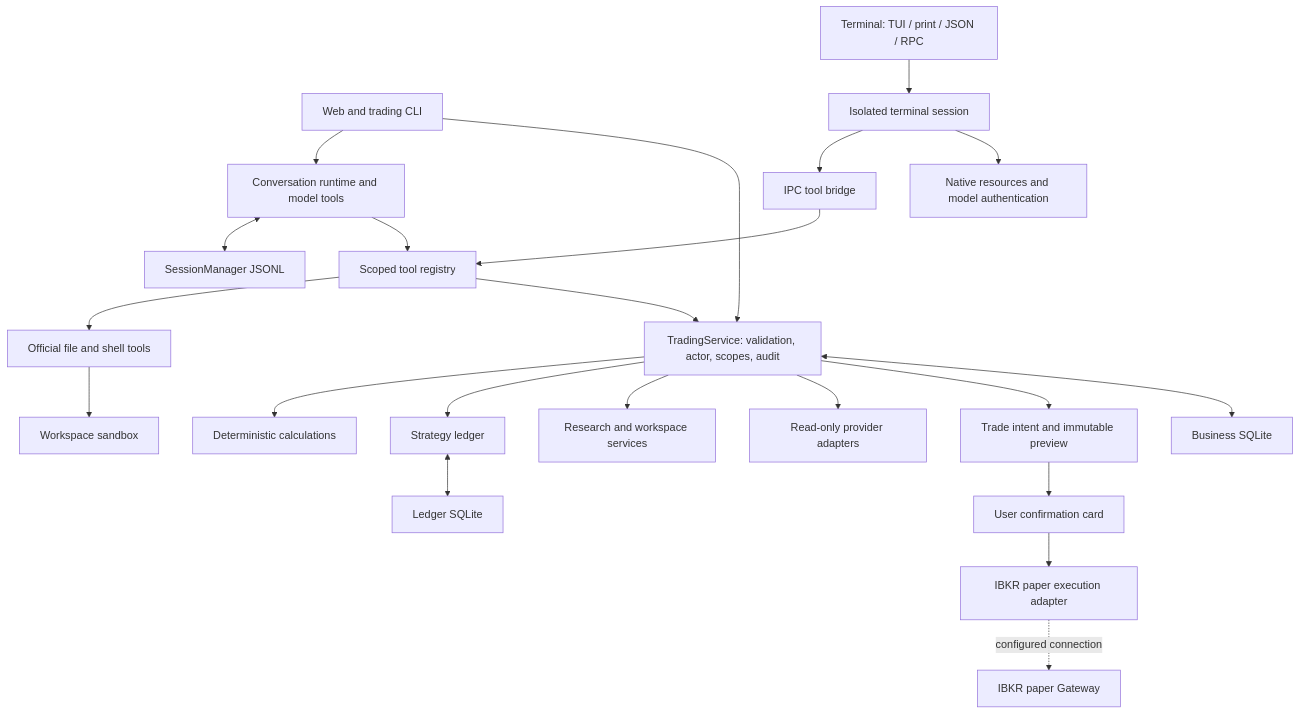
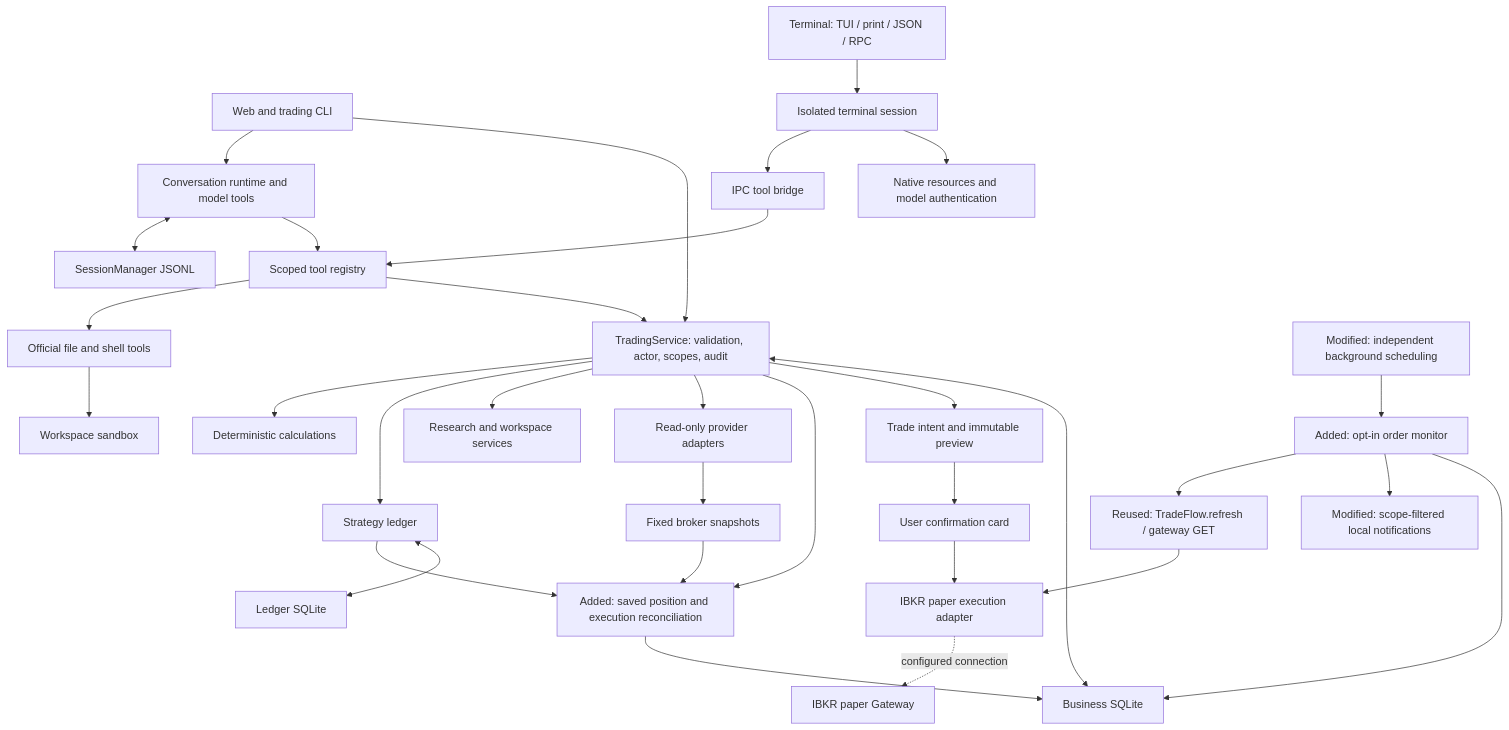
One commit to Leon1689/trading-agent changed the diagram in docs/architecture.md. Above: the diagram before and after it, drawn with Mermaid. The commit also changed other lines of this file and 43 other files, not shown here.

Commit message:
Add saved reconciliation reports and read-only order monitoring

````diff
--- a/docs/architecture.md
+++ b/docs/architecture.md
@@ -9,24 +9,34 @@
 ```mermaid
 flowchart TD
     Web[Web and trading CLI] --> Session[Conversation runtime and model tools]
     Native[Terminal: TUI / print / JSON / RPC] --> NS[Isolated terminal session]
     NS --> Bridge[IPC tool bridge]
     NS --> Resources[Native resources and model authentication]
     Session <--> JSONL[SessionManager JSONL]
     Session --> Gate[Scoped tool registry]
     Bridge --> Gate
     Gate --> Computer[Official file and shell tools]
     Computer --> Sandbox[Workspace sandbox]
     Gate --> Service[TradingService: validation, actor, scopes, audit]
     Web --> Service
     Service --> Quant[Deterministic calculations]
     Service --> Ledger[Strategy ledger]
     Service --> Research[Research and workspace services]
     Service --> Read[Read-only provider adapters]
+    Service --> Reconcile[Added: saved position and execution reconciliation]
+    Read --> Snapshots[Fixed broker snapshots]
+    Snapshots --> Reconcile
+    Ledger --> Reconcile
+    Reconcile --> DB
+    Scheduler[Modified: independent background scheduling] --> Monitor[Added: opt-in order monitor]
+    Monitor --> Query[Reused: TradeFlow.refresh / gateway GET]
+    Query --> Execution
+    Monitor --> Inbox[Modified: scope-filtered local notifications]
+    Monitor --> DB
     Service --> Intent[Trade intent and immutable preview]
     Intent --> Review[User confirmation card]
     Review --> Execution[IBKR paper execution adapter]
     Execution -. configured connection .-> IBKR[IBKR paper Gateway]
     Service <--> DB[Business SQLite]
     Ledger <--> LDB[Ledger SQLite]
 ```
````
